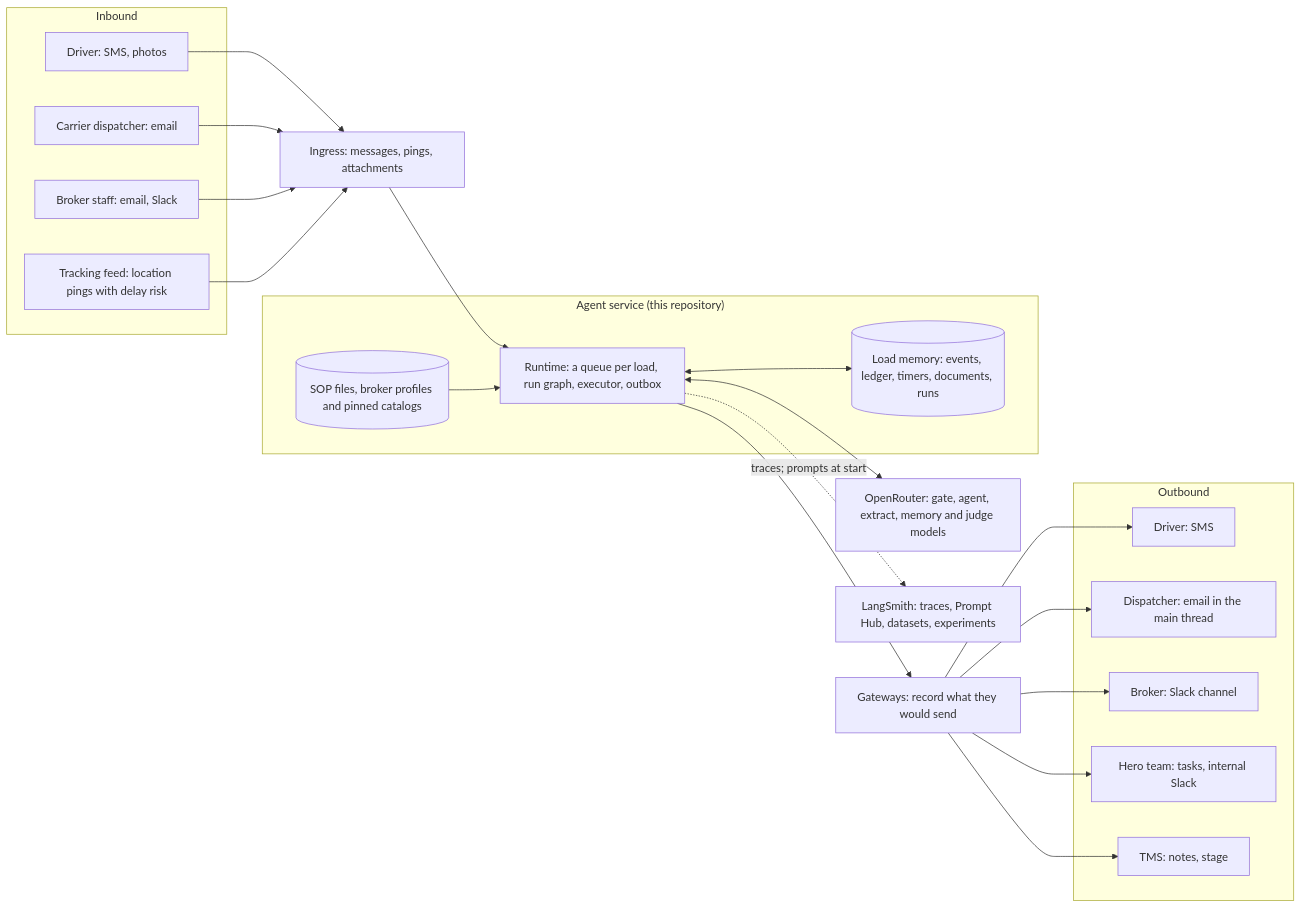
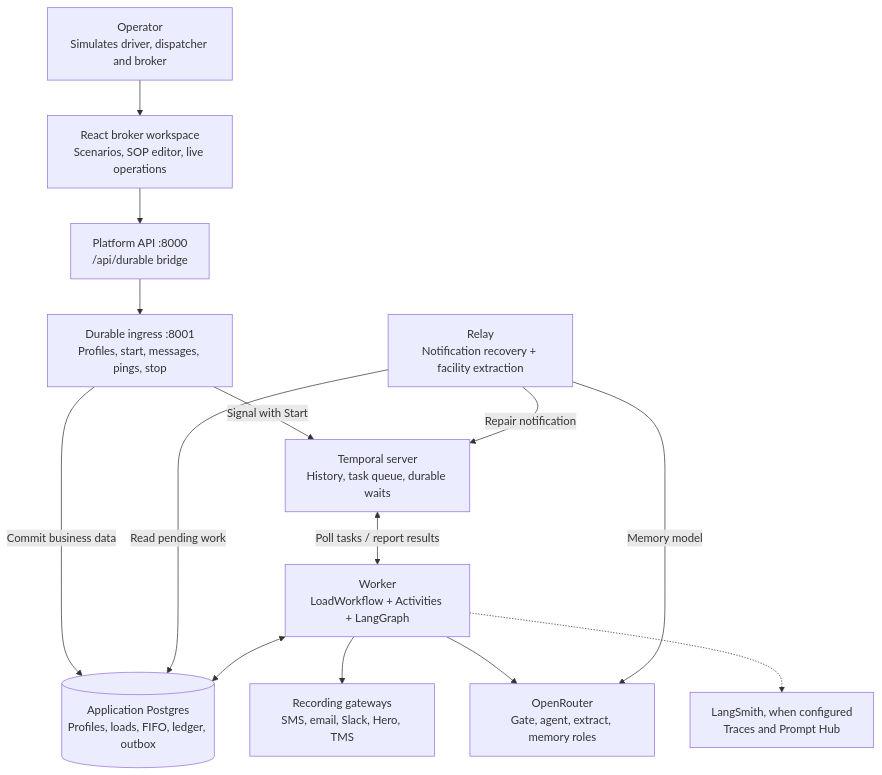
One commit to pedrocwb/freight-hero-assessment changed the first of 14 diagrams in docs/architecture.md. Above: the diagram before and after it, drawn with Mermaid. The commit also changed other lines of this file and 1 other file, not shown here.

Commit message:
docs: redraw architecture diagrams for durable broker operations

````diff
--- a/docs/architecture.md
+++ b/docs/architecture.md
@@ -27,46 +32,26 @@
 ```mermaid
-flowchart LR
-  subgraph inbound["Inbound"]
-    driverIn["Driver: SMS, photos"]
-    dispatcherIn["Carrier dispatcher: email"]
-    brokerIn["Broker staff: email, Slack"]
-    tracking["Tracking feed: location pings with delay risk"]
-  end
+flowchart TB
+  operator["Operator<br/>Simulates driver, dispatcher and broker"]
+  ui["React broker workspace<br/>Scenarios, SOP editor, live operations"]
+  proxy["Platform API :8000<br/>/api/durable bridge"]
+  ingress["Durable ingress :8001<br/>Profiles, start, messages, pings, stop"]
+  db[("Application Postgres<br/>Profiles, loads, FIFO, ledger, outbox")]
+  temporal["Temporal server<br/>History, task queue, durable waits"]
+  worker["Worker<br/>LoadWorkflow + Activities + LangGraph"]
+  relay["Relay<br/>Notification recovery + facility extraction"]
+  gateways["Recording gateways<br/>SMS, email, Slack, Hero, TMS"]
+  models["OpenRouter<br/>Gate, agent, extract, memory roles"]
+  traces["LangSmith, when configured<br/>Traces and Prompt Hub"]
 
-  ingress["Ingress: messages, pings, attachments"]
-
-  subgraph service["Agent service (this repository)"]
-    runtime["Runtime: a queue per load, run graph, executor, outbox"]
-    memory[("Load memory: events, ledger, timers, documents, runs")]
-    sops[("SOP files, broker profiles and pinned catalogs")]
-  end
-
-  gateways["Gateways: record what they would send"]
-
-  subgraph outbound["Outbound"]
-    driverOut["Driver: SMS"]
-    dispatcherOut["Dispatcher: email in the main thread"]
-    brokerOut["Broker: Slack channel"]
-    hero["Hero team: tasks, internal Slack"]
-    tms["TMS: notes, stage"]
-  end
-
-  openrouter["OpenRouter: gate, agent, extract, memory and judge models"]
-  langsmith["LangSmith: traces, Prompt Hub, datasets, experiments"]
-
-  driverIn --> ingress
-  dispatcherIn --> ingress
-  brokerIn --> ingress
-  tracking --> ingress
-  ingress --> runtime
-  runtime <--> memory
-  sops --> runtime
-  runtime --> gateways
-  gateways --> driverOut
-  gateways --> dispatcherOut
-  gateways --> brokerOut
-  gateways --> hero
-  gateways --> tms
-  runtime <--> openrouter
-  runtime -. "traces; prompts at start" .-> langsmith
+  operator --> ui --> proxy --> ingress
+  ingress -->|Commit business data| db
+  ingress -->|Signal with Start| temporal
+  relay -->|Read pending work| db
+  relay -->|Repair notification| temporal
+  temporal <-->|Poll tasks / report results| worker
+  worker <--> db
+  worker --> gateways
+  worker --> models
+  relay -->|Memory model| models
+  worker -.-> traces
 ```
````
